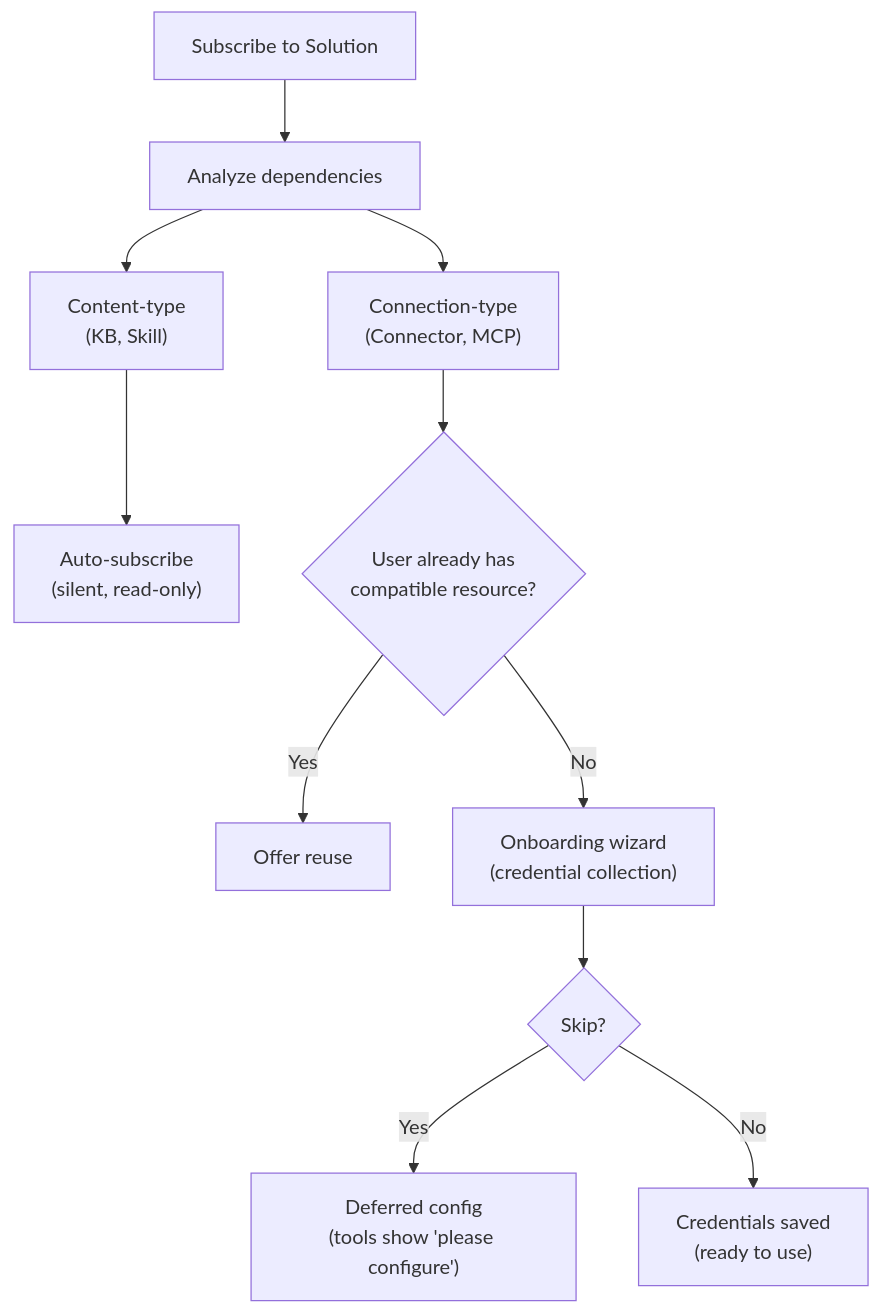
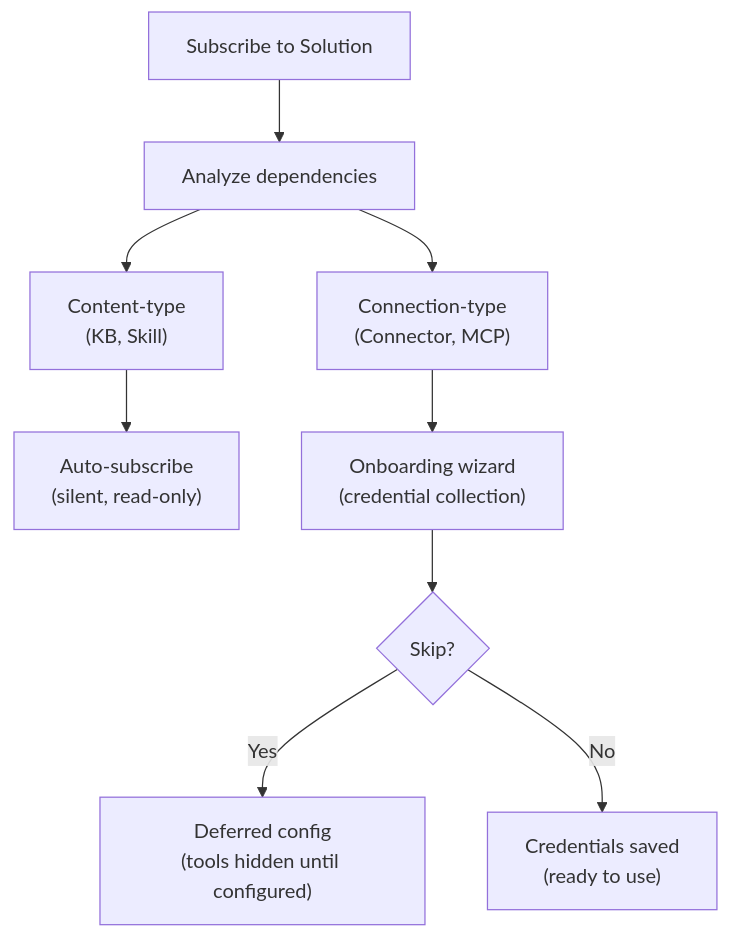
One commit to fim-ai/fim-one changed the fourth of 4 diagrams in docs/architecture/market.mdx. Above: the diagram before and after it, drawn with Mermaid. The commit also changed other lines of this file and 3 other files, not shown here.

````diff
--- a/docs/architecture/market.mdx
+++ b/docs/architecture/market.mdx
@@ -215,17 +211,15 @@
 ```mermaid
 flowchart TD
     S["Subscribe to Solution"]
     S --> A["Analyze dependencies"]
 
     A --> CT["Content-type<br/>(KB, Skill)"]
     A --> CN["Connection-type<br/>(Connector, MCP)"]
 
     CT --> AS["Auto-subscribe<br/>(silent, read-only)"]
 
-    CN --> SM{"User already has<br/>compatible resource?"}
-    SM -->|Yes| RE["Offer reuse"]
-    SM -->|No| OB["Onboarding wizard<br/>(credential collection)"]
+    CN --> OB["Onboarding wizard<br/>(credential collection)"]
     OB --> SK{"Skip?"}
-    SK -->|Yes| DEF["Deferred config<br/>(tools show 'please configure')"]
+    SK -->|Yes| DEF["Deferred config<br/>(tools hidden until configured)"]
     SK -->|No| CONF["Credentials saved<br/>(ready to use)"]
 ```
````
